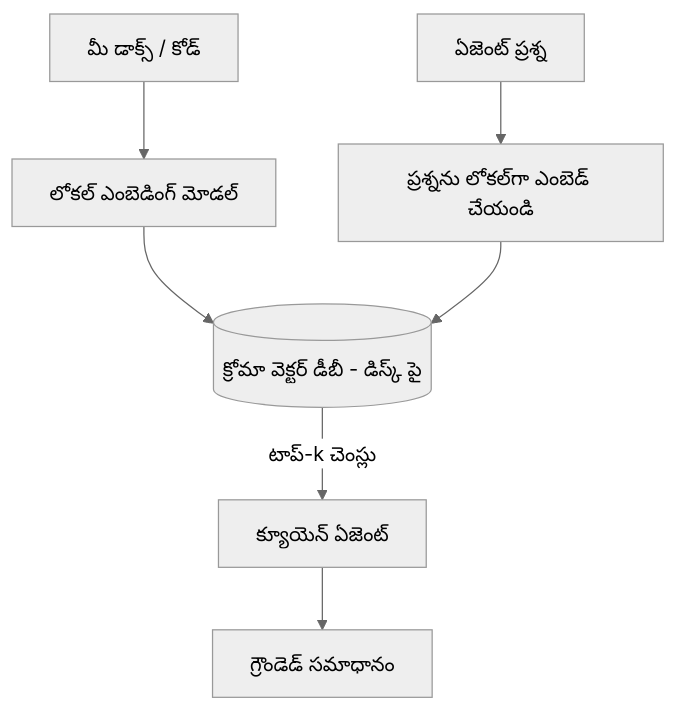
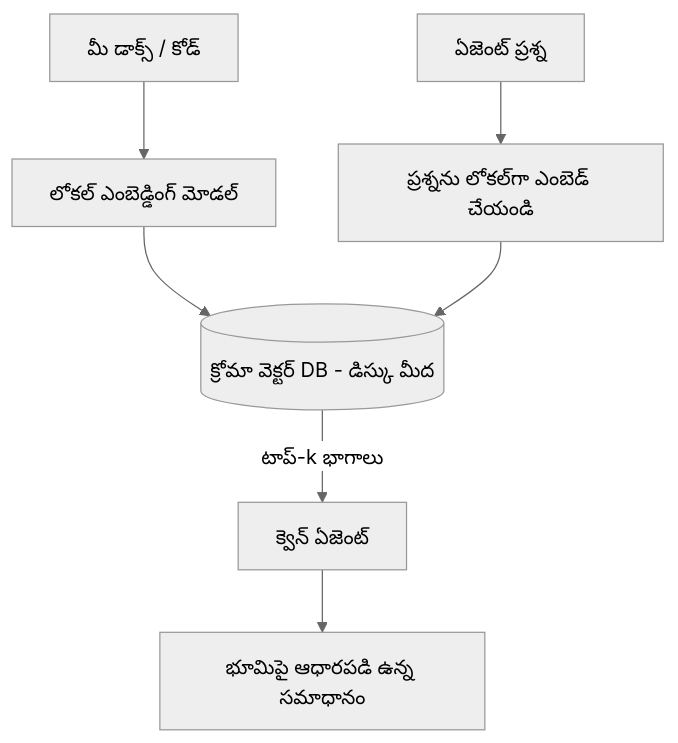
The third of 4 diagrams in translations/te/17-creating-local-ai-agents/README.md (microsoft/ai-agents-for-beginners), drawn with Mermaid (neutral theme) before and after one commit. The commit also changed other lines of this file and 43 other files, not shown here.

````diff
--- a/translations/te/17-creating-local-ai-agents/README.md
+++ b/translations/te/17-creating-local-ai-agents/README.md
@@ -125,9 +125,9 @@
 ```mermaid
 flowchart TB
-    D[మీ డాక్స్ / కోడ్] --> E[లోకల్ ఎంబెడింగ్ మోడల్]
-    E --> V[(క్రోమా వెక్టర్ డీబీ - డిస్క్‌ పై)]
+    D[మీ డాక్స్ / కోడ్] --> E[లోకల్ ఎంబెడ్డింగ్ మోడల్]
+    E --> V[(క్రోమా వెక్టర్ DB - డిస్కు మీద)]
     Q[ఏజెంట్ ప్రశ్న] --> QE[ప్రశ్నను లోకల్‌గా ఎంబెడ్ చేయండి]
     QE --> V
-    V -->|టాప్-k చెంస్లు| A[క్యూయెన్ ఏజెంట్]
-    A --> Ans[గ్రౌండెడ్ సమాధానం]
+    V -->|టాప్-k భాగాలు| A[క్వెన్ ఏజెంట్]
+    A --> Ans[భూమిపై ఆధారపడి ఉన్న సమాధానం]
 ```
````
